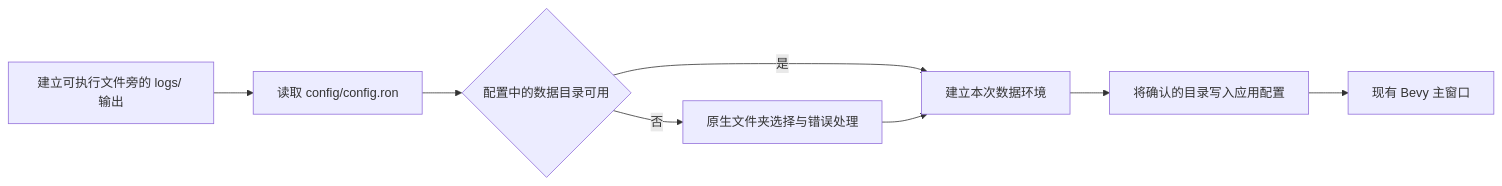
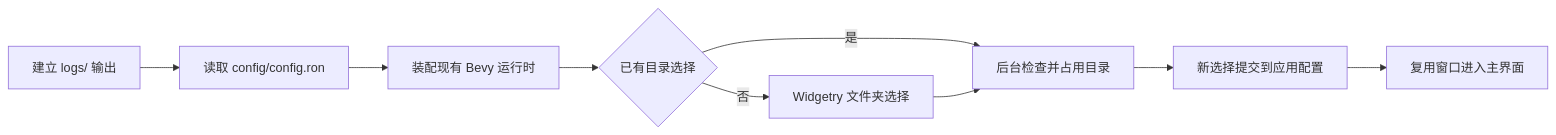
One commit to slc90/Agentelier changed the diagram in plans/登录/01-select-data-directory.md. Above: the diagram before and after it, drawn with Mermaid. The commit also changed other lines of this file and 22 other files, not shown here.

````diff
--- a/plans/登录/01-select-data-directory.md
+++ b/plans/登录/01-select-data-directory.md
@@ -5,10 +5,11 @@
 ```mermaid
 flowchart LR
-    Logs["建立可执行文件旁的 logs/ 输出"] --> Config["读取 config/config.ron"]
-    Config --> Choice{"配置中的数据目录可用"}
-    Choice -->|是| Context["建立本次数据环境"]
-    Choice -->|否| Picker["原生文件夹选择与错误处理"]
-    Picker --> Context
-    Context --> Save["将确认的目录写入应用配置"]
-    Save --> App["现有 Bevy 主窗口"]
+    Logs["建立 logs/ 输出"] --> Config["读取 config/config.ron"]
+    Config --> Runtime["装配现有 Bevy 运行时"]
+    Runtime --> Choice{"已有目录选择"}
+    Choice -->|是| Check["后台检查并占用目录"]
+    Choice -->|否| Picker["Widgetry 文件夹选择"]
+    Picker --> Check
+    Check --> Save["新选择提交到应用配置"]
+    Save --> Main["复用窗口进入主界面"]
 ```
````
